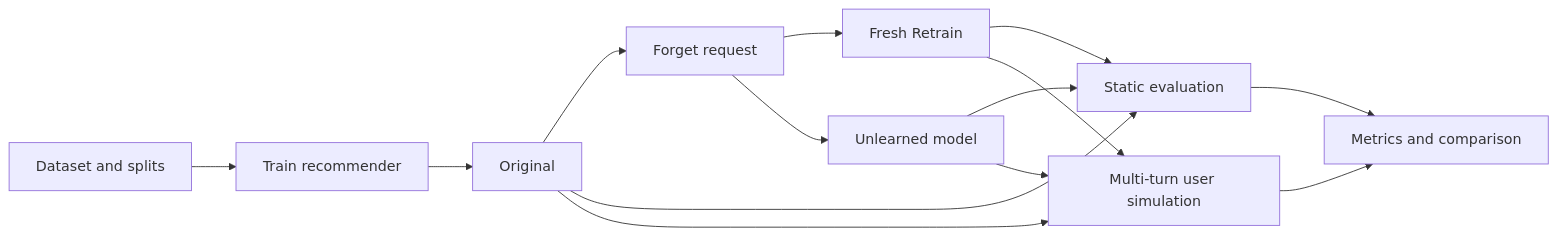
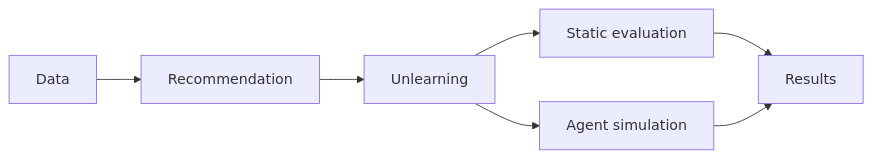
The diagram in README.md (Kyunic/AfterRec), drawn with Mermaid before and after one commit. The commit also changed other lines of this file, not shown here.

````diff
--- a/README.md
+++ b/README.md
@@ -26,16 +22,9 @@
 ```mermaid
 flowchart LR
-    D["Dataset and splits"] --> M["Train recommender"]
-    M --> O["Original"]
-    O --> F["Forget request"]
-    F --> R["Fresh Retrain"]
-    F --> U["Unlearned model"]
-    O --> E["Static evaluation"]
-    R --> E
-    U --> E
-    O --> S["Multi-turn user simulation"]
-    R --> S
-    U --> S
-    E --> V["Metrics and comparison"]
-    S --> V
+    D["Data"] --> R["Recommendation"]
+    R --> U["Unlearning"]
+    U --> E["Static evaluation"]
+    U --> A["Agent simulation"]
+    E --> V["Results"]
+    A --> V
 ```
````
